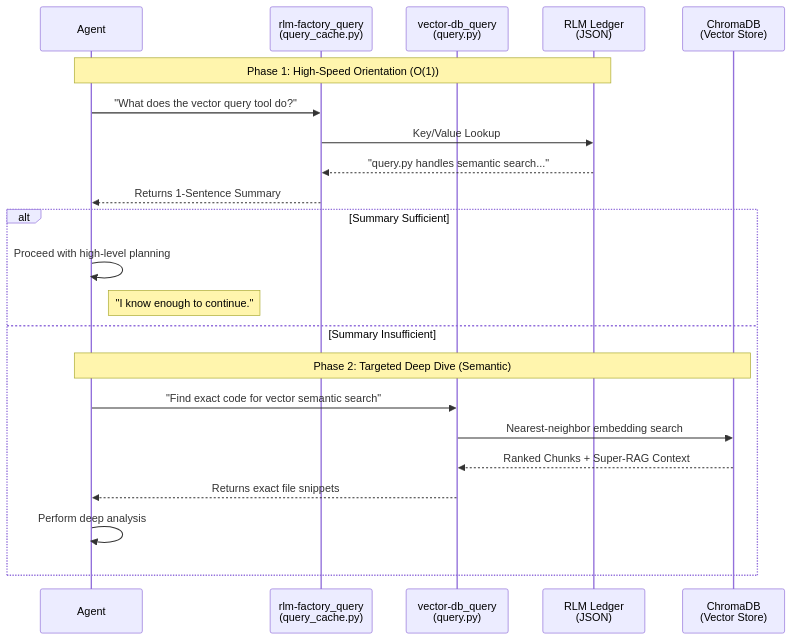
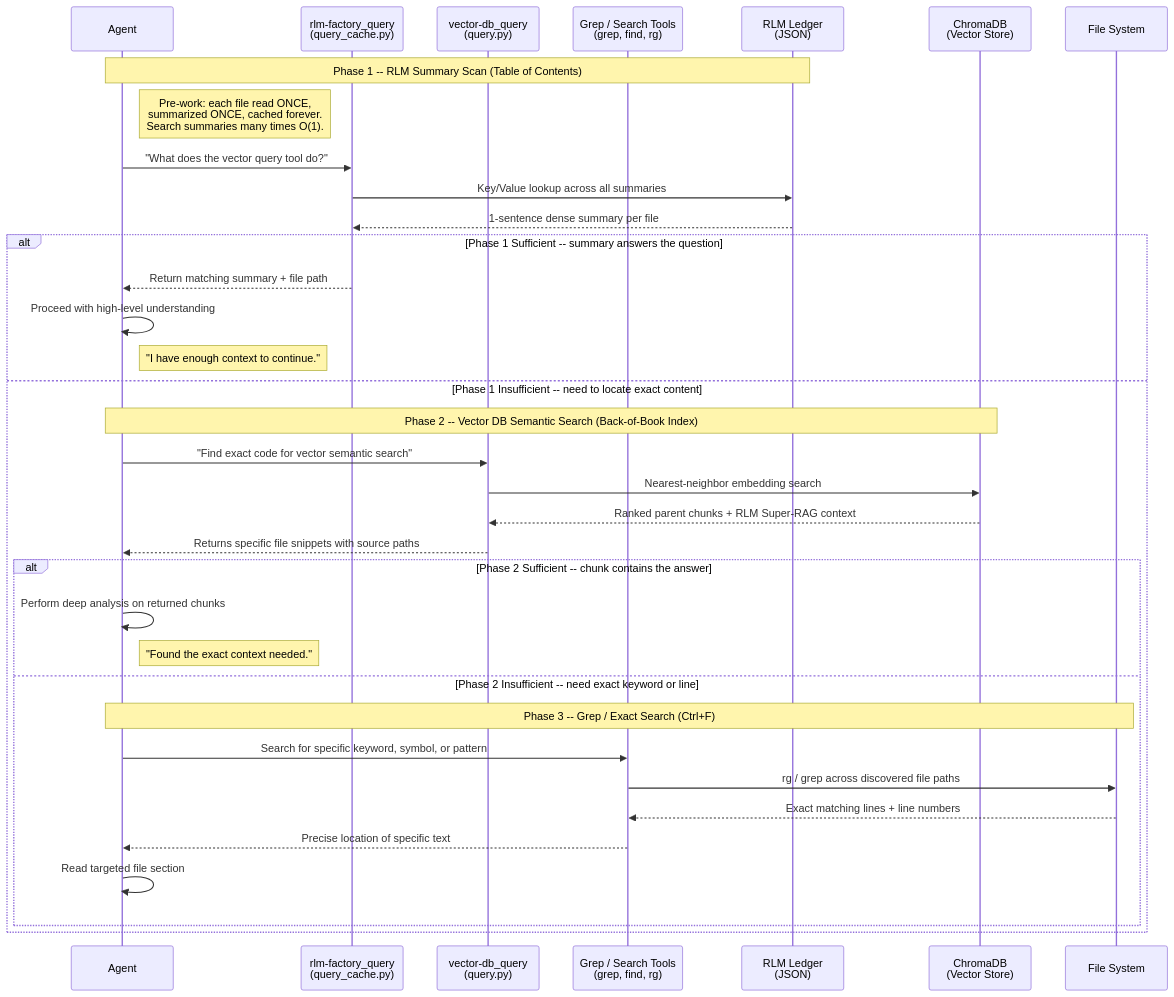
The diagram in plugins/rlm-factory/skills/rlm-curator/references/diagrams/architecture/search_process.mmd (richfrem/agent-plugins-skills), drawn with Mermaid before and after one commit. The commit also changed other lines of this file, not shown here.

Commit message:
docs(rlm-factory): expand search process to 3-phase strategy (RLM -> VDB -> Grep)

```diff
--- a/plugins/rlm-factory/skills/rlm-curator/references/diagrams/architecture/search_process.mmd
+++ b/plugins/rlm-factory/skills/rlm-curator/references/diagrams/architecture/search_process.mmd
@@ -1,25 +1,39 @@
 sequenceDiagram
     participant Agent
     participant RLM as rlm-factory_query<br>(query_cache.py)
     participant VDB as vector-db_query<br>(query.py)
+    participant Grep as Grep / Search Tools<br>(grep, find, rg)
     participant Ledger as RLM Ledger<br>(JSON)
     participant Chroma as ChromaDB<br>(Vector Store)
+    participant FileSys as File System
 
-    Note over Agent, Ledger: Phase 1: High-Speed Orientation (O(1))
-    
+    Note over Agent, Ledger: Phase 1 -- RLM Summary Scan (Table of Contents)
+    Note right of Agent: Pre-work: each file read ONCE,<br>summarized ONCE, cached forever.<br>Search summaries many times O(1).
+
     Agent->>RLM: "What does the vector query tool do?"
-    RLM->>Ledger: Key/Value Lookup
-    Ledger-->>RLM: "query.py handles semantic search..."
-    RLM-->>Agent: Returns 1-Sentence Summary
-    
-    alt Summary Sufficient
-        Agent->>Agent: Proceed with high-level planning
-        Note right of Agent: "I know enough to continue."
-    else Summary Insufficient
-        Note over Agent, Chroma: Phase 2: Targeted Deep Dive (Semantic)
+    RLM->>Ledger: Key/Value lookup across all summaries
+    Ledger-->>RLM: 1-sentence dense summary per file
+
+    alt Phase 1 Sufficient -- summary answers the question
+        RLM-->>Agent: Return matching summary + file path
+        Agent->>Agent: Proceed with high-level understanding
+        Note right of Agent: "I have enough context to continue."
+    else Phase 1 Insufficient -- need to locate exact content
+        Note over Agent, Chroma: Phase 2 -- Vector DB Semantic Search (Back-of-Book Index)
         Agent->>VDB: "Find exact code for vector semantic search"
         VDB->>Chroma: Nearest-neighbor embedding search
-        Chroma-->>VDB: Ranked Chunks + Super-RAG Context
-        VDB-->>Agent: Returns exact file snippets
-        Agent->>Agent: Perform deep analysis
+        Chroma-->>VDB: Ranked parent chunks + RLM Super-RAG context
+        VDB-->>Agent: Returns specific file snippets with source paths
+
+        alt Phase 2 Sufficient -- chunk contains the answer
+            Agent->>Agent: Perform deep analysis on returned chunks
+            Note right of Agent: "Found the exact context needed."
+        else Phase 2 Insufficient -- need exact keyword or line
+            Note over Agent, FileSys: Phase 3 -- Grep / Exact Search (Ctrl+F)
+            Agent->>Grep: Search for specific keyword, symbol, or pattern
+            Grep->>FileSys: rg / grep across discovered file paths
+            FileSys-->>Grep: Exact matching lines + line numbers
+            Grep-->>Agent: Precise location of specific text
+            Agent->>Agent: Read targeted file section
+        end
     end
```
